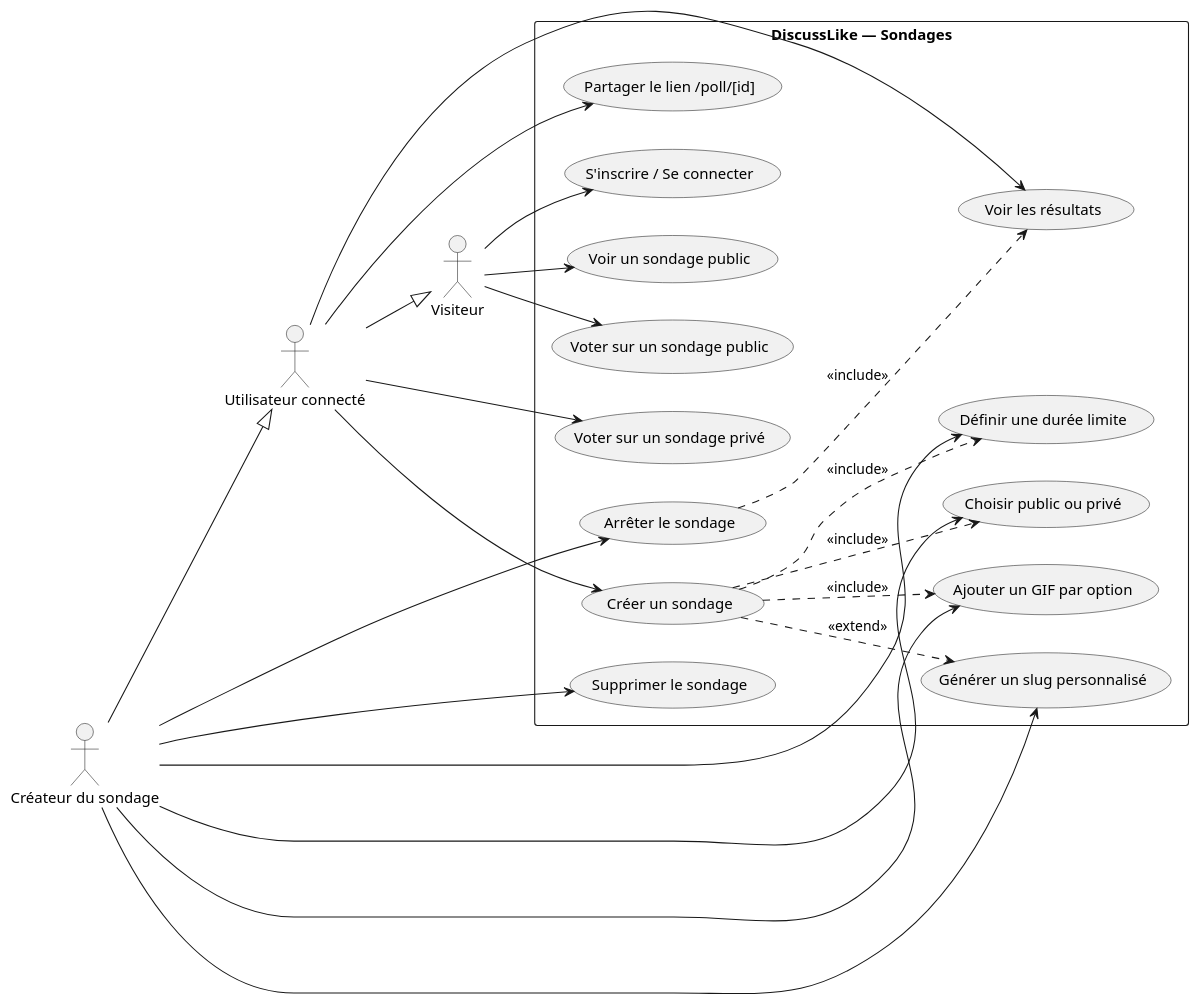
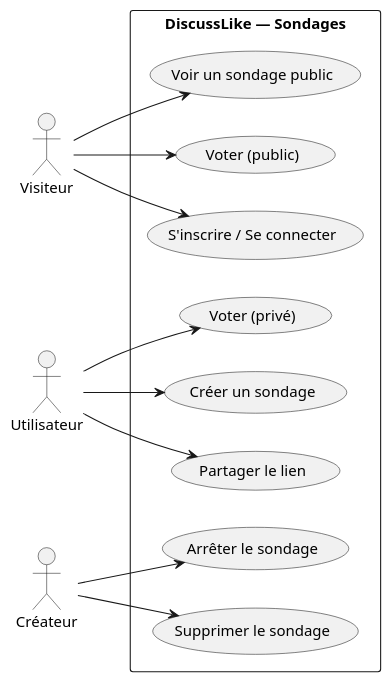
One commit to mat976/vercel_test_a_supprimer changed the diagram in USE_CASES.md. Above: the diagram before and after it, drawn with PlantUML.

Commit message:
docs: simplification diagramme cas d'utilisation - suppression héritage acteurs

````diff
--- a/USE_CASES.md
+++ b/USE_CASES.md
@@ -5,48 +5,30 @@
 ```plantuml
 @startuml
 left to right direction
 actor "Visiteur" as V
-actor "Utilisateur connecté" as U
-actor "Créateur du sondage" as C
+actor "Utilisateur" as U
+actor "Créateur" as C
 
 rectangle "DiscussLike — Sondages" {
   usecase "Voir un sondage public" as UC1
-  usecase "Voter sur un sondage public" as UC2
+  usecase "Voter (public)" as UC2
   usecase "S'inscrire / Se connecter" as UC3
-  usecase "Voter sur un sondage privé" as UC4
+  usecase "Voter (privé)" as UC4
   usecase "Créer un sondage" as UC5
-  usecase "Ajouter un GIF par option" as UC6
-  usecase "Définir une durée limite" as UC7
-  usecase "Choisir public ou privé" as UC8
-  usecase "Générer un slug personnalisé" as UC9
-  usecase "Partager le lien /poll/[id]" as UC10
-  usecase "Arrêter le sondage" as UC11
-  usecase "Supprimer le sondage" as UC12
-  usecase "Voir les résultats" as UC13
+  usecase "Partager le lien" as UC6
+  usecase "Arrêter le sondage" as UC7
+  usecase "Supprimer le sondage" as UC8
 }
 
 V --> UC1
 V --> UC2
 V --> UC3
 
 U --> UC4
 U --> UC5
-U --> UC10
-U --> UC13
-U --|> V
+U --> UC6
 
-C --> UC6
 C --> UC7
 C --> UC8
-C --> UC9
-C --> UC11
-C --> UC12
-C --|> U
-
-UC5 ..> UC6 : <<include>>
-UC5 ..> UC7 : <<include>>
-UC5 ..> UC8 : <<include>>
-UC5 ..> UC9 : <<extend>>
-UC11 ..> UC13 : <<include>>
 @enduml
 ```
````
